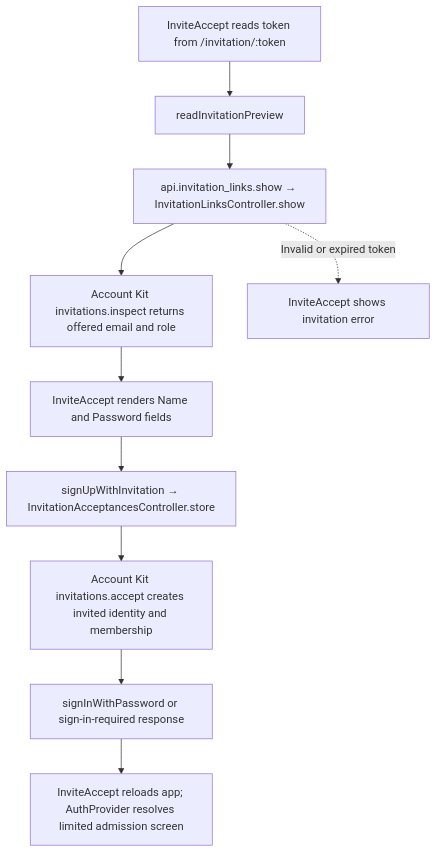
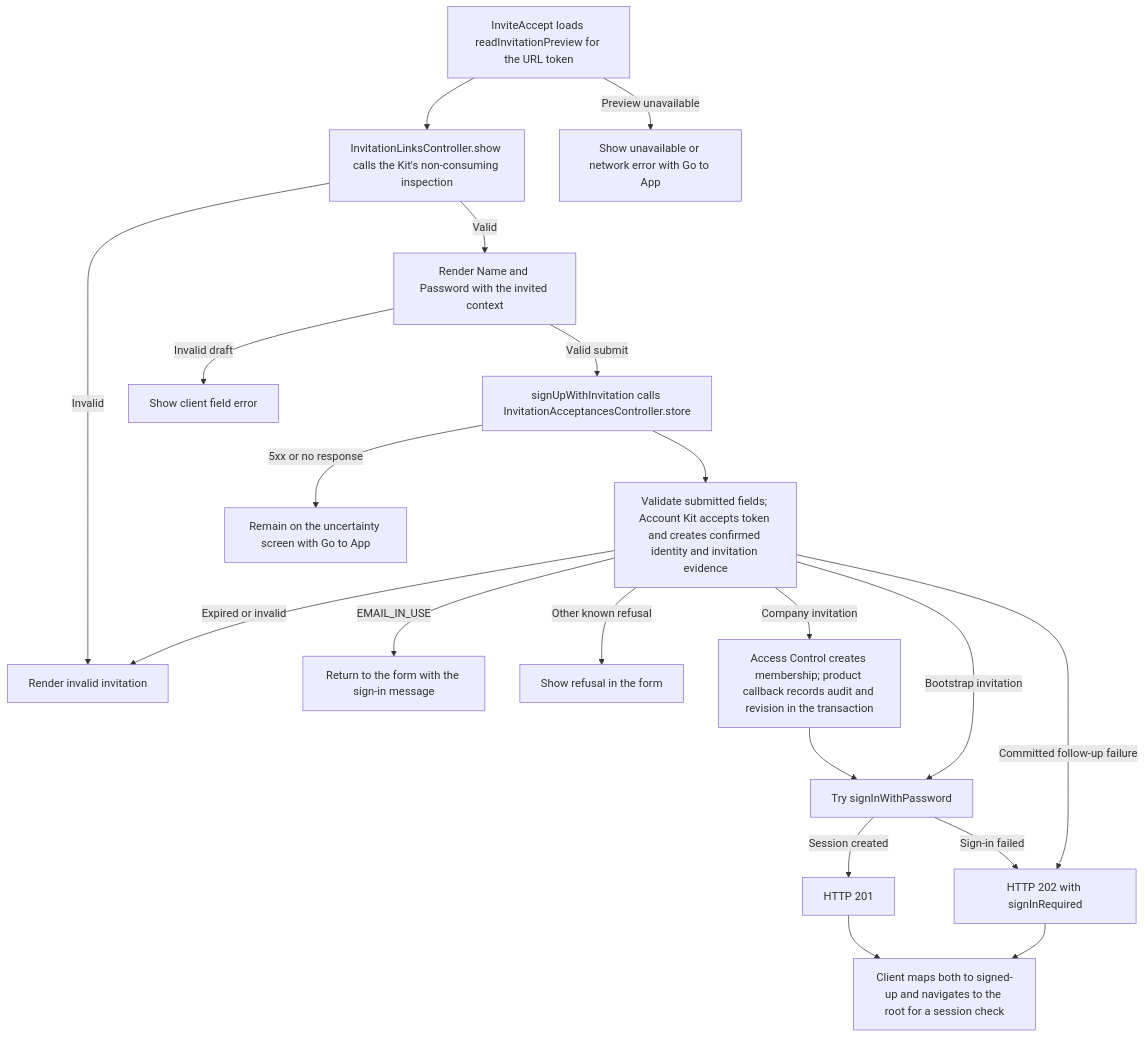
One commit to Kevinjohn/capacitylens changed the second of 2 diagrams in user-stories/team/US-TEAM-04-accept-invitation.md. Above: the diagram before and after it, drawn with Mermaid. The commit also changed other lines of this file and 172 other files, not shown here.

Commit message:
docs: reconcile user story code flows with source

````diff
--- a/user-stories/team/US-TEAM-04-accept-invitation.md
+++ b/user-stories/team/US-TEAM-04-accept-invitation.md
@@ -32,12 +32,22 @@
 ```mermaid
 flowchart TD
-    Invite["InviteAccept reads token from /invitation/:token"] --> Preview["readInvitationPreview"]
-    Preview --> PreviewRoute["api.invitation_links.show → InvitationLinksController.show"]
-    PreviewRoute --> KitInspect["Account Kit invitations.inspect returns offered email and role"]
-    KitInspect --> Form["InviteAccept renders Name and Password fields"]
-    Form --> Submit["signUpWithInvitation → InvitationAcceptancesController.store"]
-    Submit --> Accept["Account Kit invitations.accept creates invited identity and membership"]
-    Accept --> SignIn["signInWithPassword or sign-in-required response"]
-    SignIn --> Reload["InviteAccept reloads app; AuthProvider resolves limited admission screen"]
-    PreviewRoute -. "Invalid or expired token" .-> Error["InviteAccept shows invitation error"]
+  page["InviteAccept loads readInvitationPreview for the URL token"] --> inspect["InvitationLinksController.show calls the Kit's non-consuming inspection"]
+  inspect -->|Invalid| invalid["Render invalid invitation"]
+  inspect -->|Valid| form["Render Name and Password with the invited context"]
+  page -->|Preview unavailable| retry["Show unavailable or network error with Go to App"]
+  form -->|Valid submit| endpoint["signUpWithInvitation calls InvitationAcceptancesController.store"]
+  form -->|Invalid draft| invalidDraft["Show client field error"]
+  endpoint --> kit["Validate submitted fields; Account Kit accepts token and creates confirmed identity and invitation evidence"]
+  kit -->|Expired or invalid| invalid
+  kit -->|EMAIL_IN_USE| signIn["Return to the form with the sign-in message"]
+  kit -->|Other known refusal| refusal["Show refusal in the form"]
+  kit -->|Company invitation| membership["Access Control creates membership; product callback records audit and revision in the transaction"]
+  membership --> session["Try signInWithPassword"]
+  kit -->|Bootstrap invitation| session
+  session -->|Session created| ok["HTTP 201"]
+  session -->|Sign-in failed| accepted["HTTP 202 with signInRequired"]
+  kit -->|Committed follow-up failure| accepted
+  ok --> browser["Client maps both to signed-up and navigates to the root for a session check"]
+  accepted --> browser
+  endpoint -->|5xx or no response| uncertain["Remain on the uncertainty screen with Go to App"]
 ```
````
